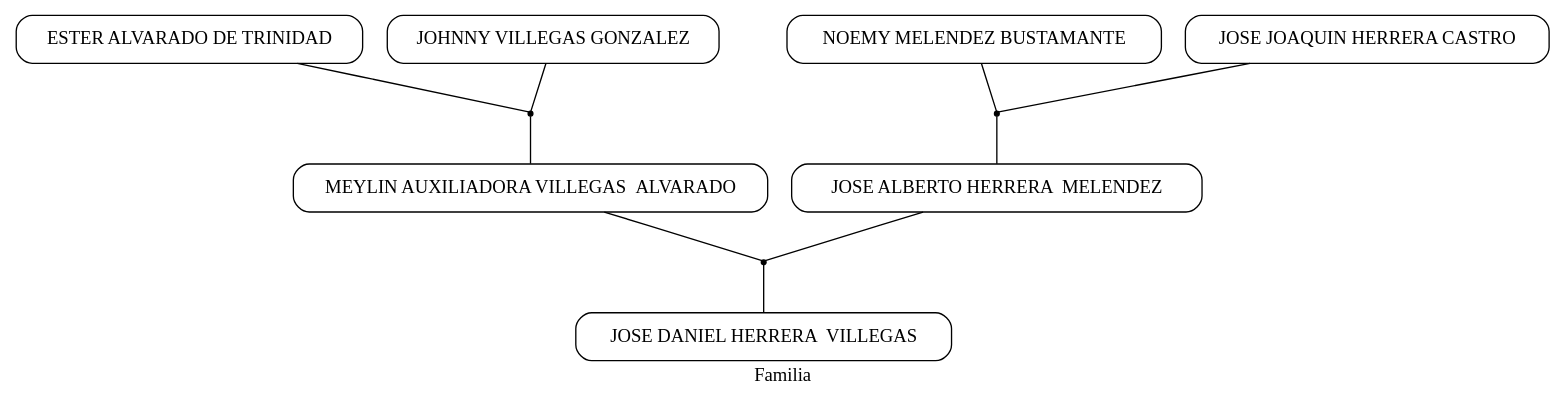
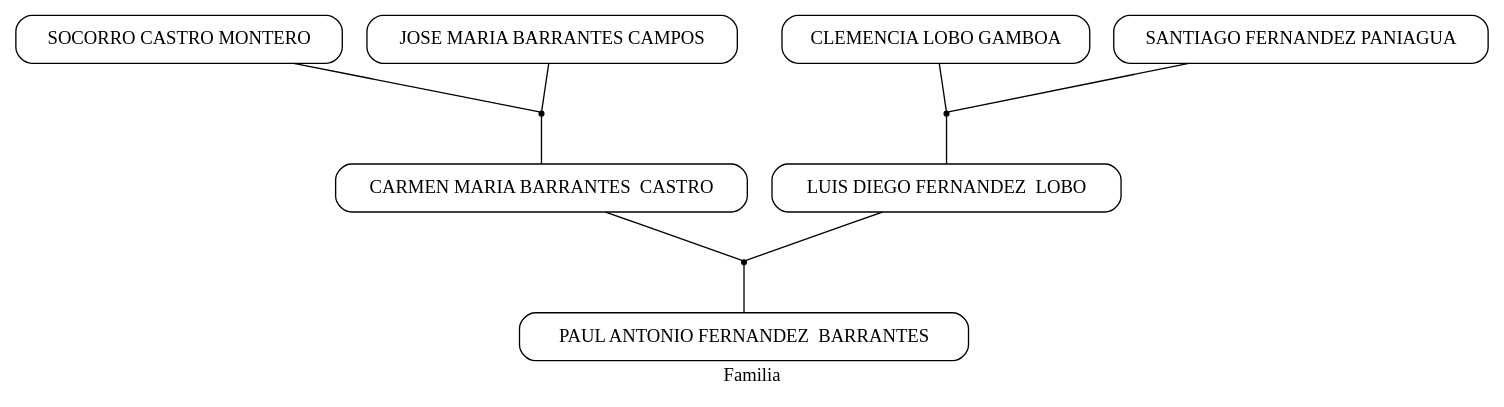
One commit to Gio666/python-git changed the diagram in 003/simple.dot. Above: the diagram before and after it, drawn with Graphviz. The commit also changed 6 other files, not shown here.

```diff
--- a/003/simple.dot
+++ b/003/simple.dot
@@ -1,23 +1,23 @@
 strict digraph  {
 	graph [diredgeconstraints=true,
 		label=Familia,
 		mode=ipsep,
 		overlap=orthoxy,
 		sep=0.5
 	];
 	node [shape=box,
 		style=rounded
 	];
-	"JOSE DANIEL HERRERA  VILLEGAS MEYLIN AUXILIADORA VILLEGAS  ALVARADO JOSE ALBERTO HERRERA  MELENDEZ "	 [shape=point];
-	"MEYLIN AUXILIADORA VILLEGAS  ALVARADO " -> "JOSE DANIEL HERRERA  VILLEGAS MEYLIN AUXILIADORA VILLEGAS  ALVARADO JOSE ALBERTO HERRERA  MELENDEZ "	 [arrowhead=none];
-	"JOSE ALBERTO HERRERA  MELENDEZ " -> "JOSE DANIEL HERRERA  VILLEGAS MEYLIN AUXILIADORA VILLEGAS  ALVARADO JOSE ALBERTO HERRERA  MELENDEZ "	 [arrowhead=none];
-	"JOSE DANIEL HERRERA  VILLEGAS MEYLIN AUXILIADORA VILLEGAS  ALVARADO JOSE ALBERTO HERRERA  MELENDEZ " -> "JOSE DANIEL HERRERA  VILLEGAS "	 [arrowhead=none];
-	"MEYLIN AUXILIADORA VILLEGAS  ALVARADO ESTER ALVARADO DE TRINIDAD JOHNNY VILLEGAS GONZALEZ "	 [shape=point];
-	"ESTER ALVARADO DE TRINIDAD " -> "MEYLIN AUXILIADORA VILLEGAS  ALVARADO ESTER ALVARADO DE TRINIDAD JOHNNY VILLEGAS GONZALEZ "	 [arrowhead=none];
-	"JOHNNY VILLEGAS GONZALEZ " -> "MEYLIN AUXILIADORA VILLEGAS  ALVARADO ESTER ALVARADO DE TRINIDAD JOHNNY VILLEGAS GONZALEZ "	 [arrowhead=none];
-	"MEYLIN AUXILIADORA VILLEGAS  ALVARADO ESTER ALVARADO DE TRINIDAD JOHNNY VILLEGAS GONZALEZ " -> "MEYLIN AUXILIADORA VILLEGAS  ALVARADO "	 [arrowhead=none];
-	"JOSE ALBERTO HERRERA  MELENDEZ NOEMY MELENDEZ BUSTAMANTE JOSE JOAQUIN HERRERA CASTRO "	 [shape=point];
-	"NOEMY MELENDEZ BUSTAMANTE " -> "JOSE ALBERTO HERRERA  MELENDEZ NOEMY MELENDEZ BUSTAMANTE JOSE JOAQUIN HERRERA CASTRO "	 [arrowhead=none];
-	"JOSE JOAQUIN HERRERA CASTRO " -> "JOSE ALBERTO HERRERA  MELENDEZ NOEMY MELENDEZ BUSTAMANTE JOSE JOAQUIN HERRERA CASTRO "	 [arrowhead=none];
-	"JOSE ALBERTO HERRERA  MELENDEZ NOEMY MELENDEZ BUSTAMANTE JOSE JOAQUIN HERRERA CASTRO " -> "JOSE ALBERTO HERRERA  MELENDEZ "	 [arrowhead=none];
+	"PAUL ANTONIO FERNANDEZ  BARRANTES CARMEN MARIA BARRANTES  CASTRO LUIS DIEGO FERNANDEZ  LOBO "	 [shape=point];
+	"CARMEN MARIA BARRANTES  CASTRO " -> "PAUL ANTONIO FERNANDEZ  BARRANTES CARMEN MARIA BARRANTES  CASTRO LUIS DIEGO FERNANDEZ  LOBO "	 [arrowhead=none];
+	"LUIS DIEGO FERNANDEZ  LOBO " -> "PAUL ANTONIO FERNANDEZ  BARRANTES CARMEN MARIA BARRANTES  CASTRO LUIS DIEGO FERNANDEZ  LOBO "	 [arrowhead=none];
+	"PAUL ANTONIO FERNANDEZ  BARRANTES CARMEN MARIA BARRANTES  CASTRO LUIS DIEGO FERNANDEZ  LOBO " -> "PAUL ANTONIO FERNANDEZ  BARRANTES "	 [arrowhead=none];
+	"CARMEN MARIA BARRANTES  CASTRO SOCORRO CASTRO MONTERO JOSE MARIA BARRANTES CAMPOS "	 [shape=point];
+	"SOCORRO CASTRO MONTERO " -> "CARMEN MARIA BARRANTES  CASTRO SOCORRO CASTRO MONTERO JOSE MARIA BARRANTES CAMPOS "	 [arrowhead=none];
+	"JOSE MARIA BARRANTES CAMPOS " -> "CARMEN MARIA BARRANTES  CASTRO SOCORRO CASTRO MONTERO JOSE MARIA BARRANTES CAMPOS "	 [arrowhead=none];
+	"CARMEN MARIA BARRANTES  CASTRO SOCORRO CASTRO MONTERO JOSE MARIA BARRANTES CAMPOS " -> "CARMEN MARIA BARRANTES  CASTRO "	 [arrowhead=none];
+	"LUIS DIEGO FERNANDEZ  LOBO CLEMENCIA LOBO GAMBOA SANTIAGO FERNANDEZ PANIAGUA "	 [shape=point];
+	"CLEMENCIA LOBO GAMBOA " -> "LUIS DIEGO FERNANDEZ  LOBO CLEMENCIA LOBO GAMBOA SANTIAGO FERNANDEZ PANIAGUA "	 [arrowhead=none];
+	"SANTIAGO FERNANDEZ PANIAGUA " -> "LUIS DIEGO FERNANDEZ  LOBO CLEMENCIA LOBO GAMBOA SANTIAGO FERNANDEZ PANIAGUA "	 [arrowhead=none];
+	"LUIS DIEGO FERNANDEZ  LOBO CLEMENCIA LOBO GAMBOA SANTIAGO FERNANDEZ PANIAGUA " -> "LUIS DIEGO FERNANDEZ  LOBO "	 [arrowhead=none];
 }
```
